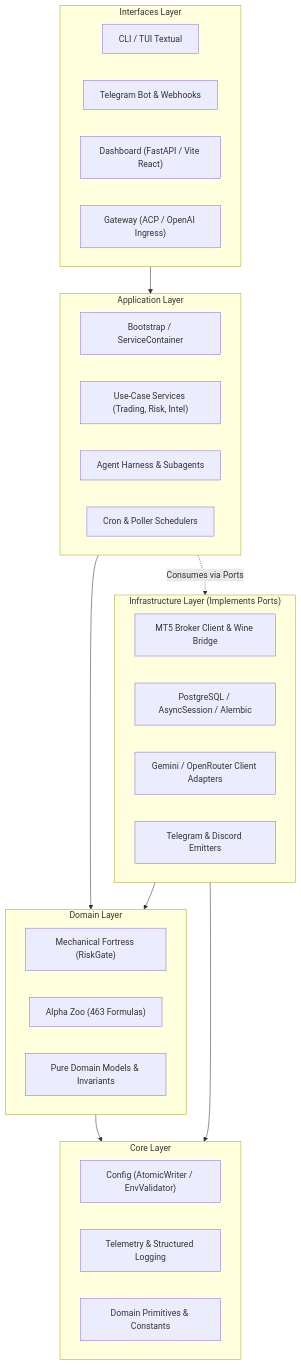
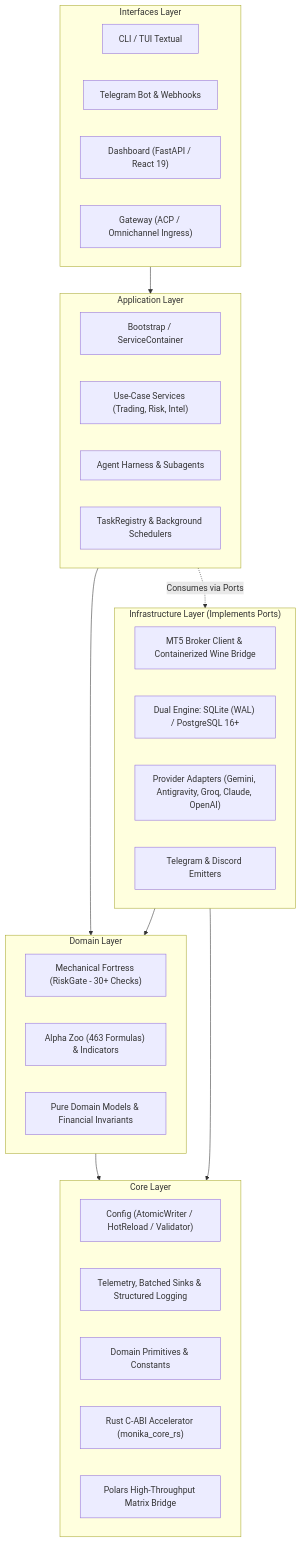
The first of 2 diagrams in docs/architecture/OVERVIEW.md (alakbarr/Monika), drawn with Mermaid before and after one commit. The commit also changed other lines of this file and 114 other files, not shown here.

````diff
--- a/docs/architecture/OVERVIEW.md
+++ b/docs/architecture/OVERVIEW.md
@@ -11,42 +11,44 @@
 ```mermaid
 flowchart TD
     subgraph L4["Interfaces Layer"]
         CLI["CLI / TUI Textual"]
         TG["Telegram Bot & Webhooks"]
-        WEB["Dashboard (FastAPI / Vite React)"]
-        GW["Gateway (ACP / OpenAI Ingress)"]
+        WEB["Dashboard (FastAPI / React 19)"]
+        GW["Gateway (ACP / Omnichannel Ingress)"]
     end
 
     subgraph L3["Application Layer"]
         BOOT["Bootstrap / ServiceContainer"]
         USE["Use-Case Services (Trading, Risk, Intel)"]
         HARN["Agent Harness & Subagents"]
-        SCHED["Cron & Poller Schedulers"]
+        SCHED["TaskRegistry & Background Schedulers"]
     end
 
     subgraph L2["Domain Layer"]
-        RISK["Mechanical Fortress (RiskGate)"]
-        ALPHA["Alpha Zoo (463 Formulas)"]
-        MODELS["Pure Domain Models & Invariants"]
+        RISK["Mechanical Fortress (RiskGate - 30+ Checks)"]
+        ALPHA["Alpha Zoo (463 Formulas) & Indicators"]
+        MODELS["Pure Domain Models & Financial Invariants"]
     end
 
     subgraph L1["Core Layer"]
-        CONFIG["Config (AtomicWriter / EnvValidator)"]
-        LOGS["Telemetry & Structured Logging"]
+        CONFIG["Config (AtomicWriter / HotReload / Validator)"]
+        LOGS["Telemetry, Batched Sinks & Structured Logging"]
         TYPES["Domain Primitives & Constants"]
+        RUST["Rust C-ABI Accelerator (monika_core_rs)"]
+        POLARS["Polars High-Throughput Matrix Bridge"]
     end
 
     subgraph INFRA["Infrastructure Layer (Implements Ports)"]
-        MT5["MT5 Broker Client & Wine Bridge"]
-        DB["PostgreSQL / AsyncSession / Alembic"]
-        LLM["Gemini / OpenRouter Client Adapters"]
+        MT5["MT5 Broker Client & Containerized Wine Bridge"]
+        DB["Dual Engine: SQLite (WAL) / PostgreSQL 16+"]
+        LLM["Provider Adapters (Gemini, Antigravity, Groq, Claude, OpenAI)"]
         NOTIF["Telegram & Discord Emitters"]
     end
 
     L4 --> L3
     L3 --> L2
     L2 --> L1
     INFRA --> L2
     INFRA --> L1
     L3 -.->|Consumes via Ports| INFRA
 ```
````
